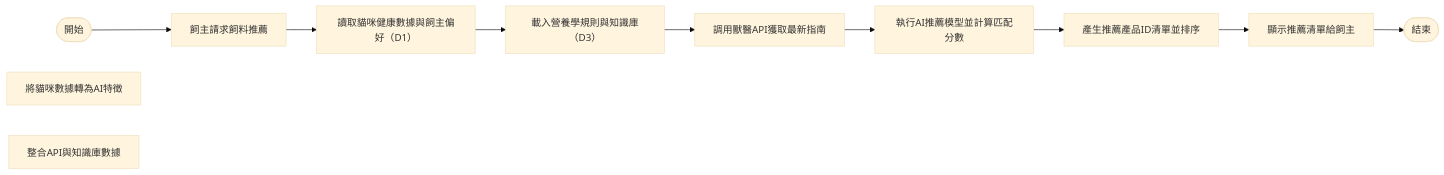
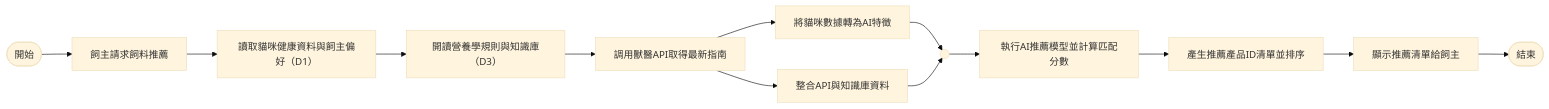
The fifth of 7 diagrams in hw5.md (groups7-ctrl/hw), drawn with Mermaid (base theme) before and after one commit.

````diff
--- a/hw5.md
+++ b/hw5.md
@@ -142,19 +142,26 @@
 ```mermaid
 flowchart LR
     A0([開始])
     A1[飼主請求飼料推薦]
-    A2[讀取貓咪健康數據與飼主偏好（D1）]
-    A3[載入營養學規則與知識庫（D3）]
-    A4[調用獸醫API獲取最新指南]
-      A5_1[將貓咪數據轉為AI特徵]
-      A5_2[整合API與知識庫數據]
+    A2[讀取貓咪健康資料與飼主偏好（D1）]
+    A3[開讀營養學規則與知識庫（D3）]
+    A4[調用獸醫API取得最新指南]
+    
+    A5_1[將貓咪數據轉為AI特徵]
+    A5_2[整合API與知識庫資料]
+    
+    X(( ))
+    
     A6[執行AI推薦模型並計算匹配分數]
     A7[產生推薦產品ID清單並排序]
     A8[顯示推薦清單給飼主]
     A9([結束])
 
     A0 --> A1 --> A2 --> A3 --> A4
-    A4 --> A6
-    A6 --> A7 --> A8 --> A9
+    A4 --> A5_1
+    A4 --> A5_2
+    A5_1 --> X
+    A5_2 --> X
+    X --> A6 --> A7 --> A8 --> A9
 
 ```
````
